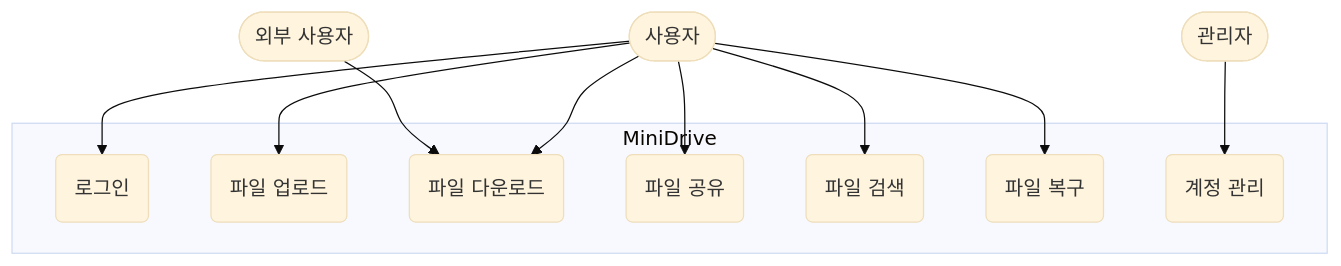
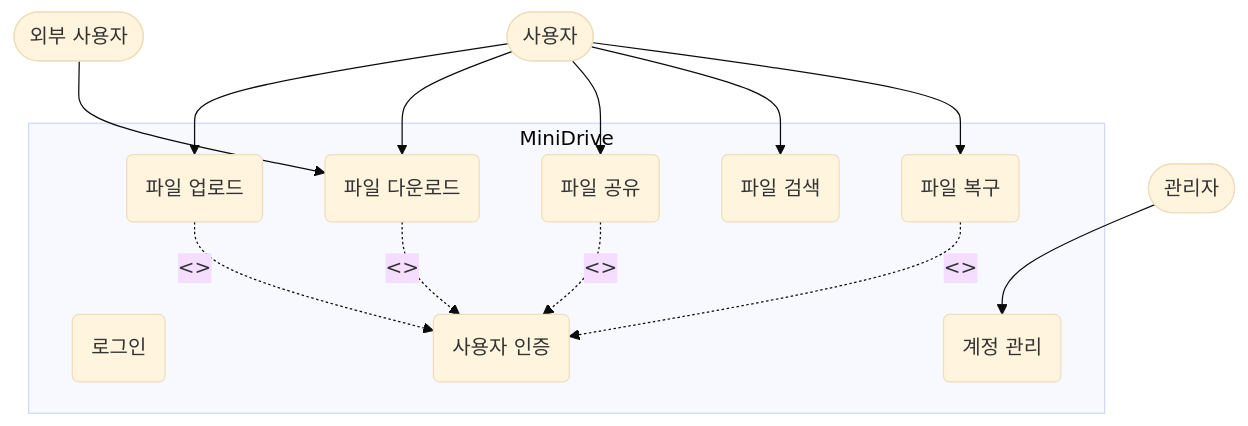
One commit to min12387/se changed the first of 4 diagrams in doc/requirement_analysis.md. Above: the diagram before and after it, drawn with Mermaid (base theme). The commit also changed other lines of this file, not shown here.

````diff
--- a/doc/requirement_analysis.md
+++ b/doc/requirement_analysis.md
@@ -44,28 +44,33 @@
 ```mermaid
 flowchart TB
 
     User([사용자])
     Admin([관리자])
     Guest([외부 사용자])
 
     subgraph MiniDrive
         Login(로그인)
         Upload(파일 업로드)
         Download(파일 다운로드)
         Share(파일 공유)
         Search(파일 검색)
         Restore(파일 복구)
         Manage(계정 관리)
+        Auth(사용자 인증)
     end
 
-    User --> Login
     User --> Upload
     User --> Download
     User --> Share
     User --> Search
     User --> Restore
 
     Admin --> Manage
 
     Guest --> Download
+
+    Upload -. "<<include>>" .-> Auth
+    Download -. "<<include>>" .-> Auth
+    Share -. "<<include>>" .-> Auth
+    Restore -. "<<include>>" .-> Auth
 ```
````
